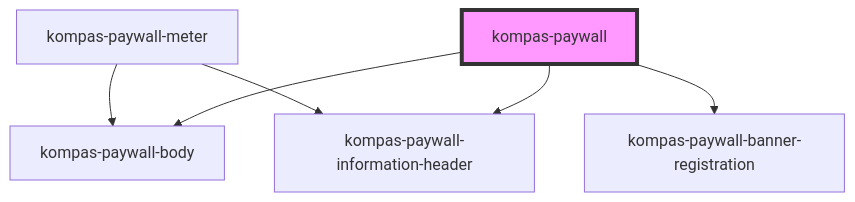
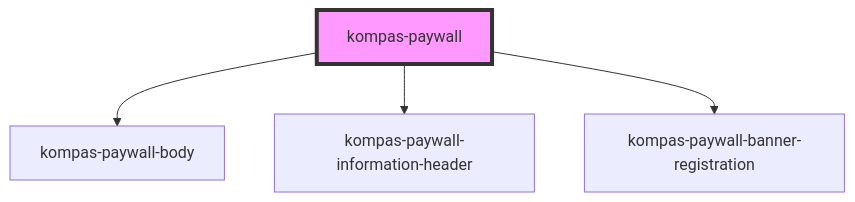
One commit to pt-kompas-media-nusantara/kompas-web-components changed the diagram in src/components/kompas-paywall/readme.md. Above: the diagram before and after it, drawn with Mermaid. The commit also changed 11 other files, not shown here.

````diff
--- a/src/components/kompas-paywall/readme.md
+++ b/src/components/kompas-paywall/readme.md
@@ -136,9 +136,7 @@
 ```mermaid
 graph TD;
   kompas-paywall --> kompas-paywall-body
   kompas-paywall --> kompas-paywall-information-header
   kompas-paywall --> kompas-paywall-banner-registration
-  kompas-paywall-meter --> kompas-paywall-information-header
-  kompas-paywall-meter --> kompas-paywall-body
   style kompas-paywall fill:#f9f,stroke:#333,stroke-width:4px
 ```
````
